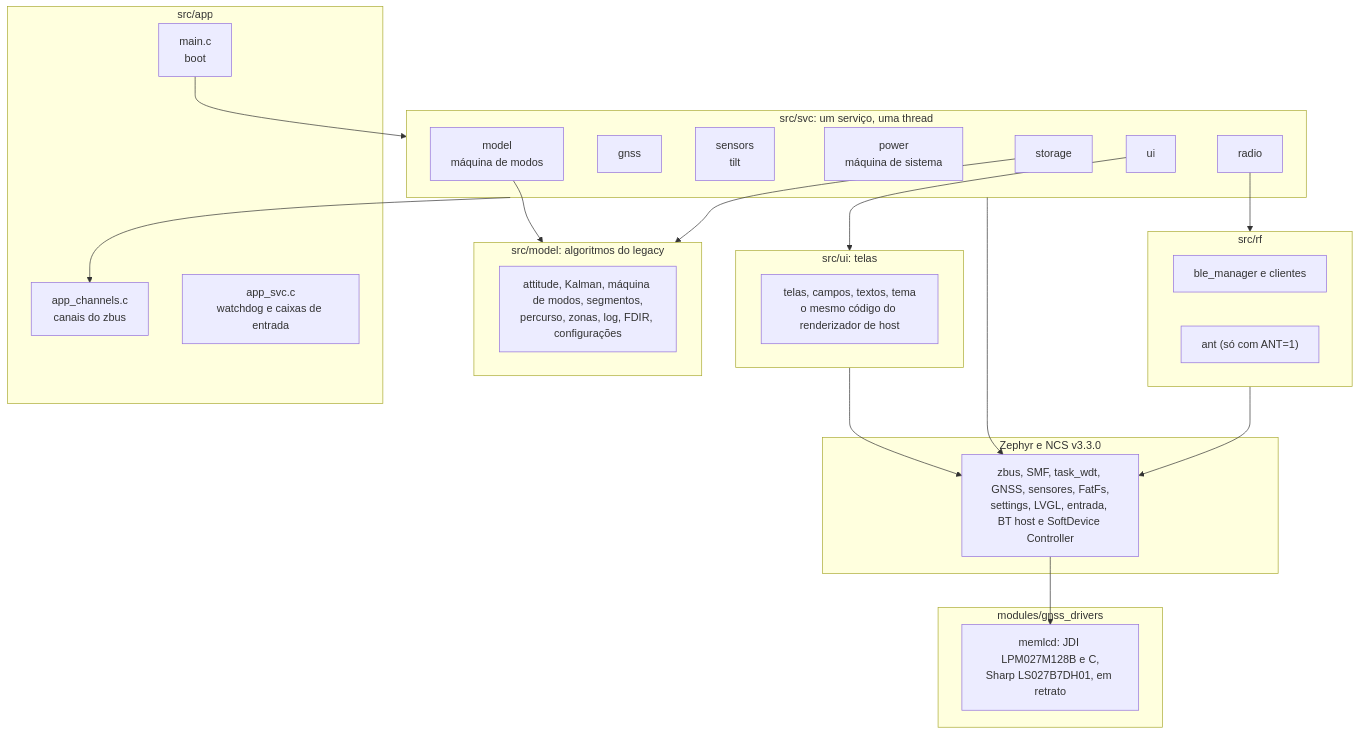
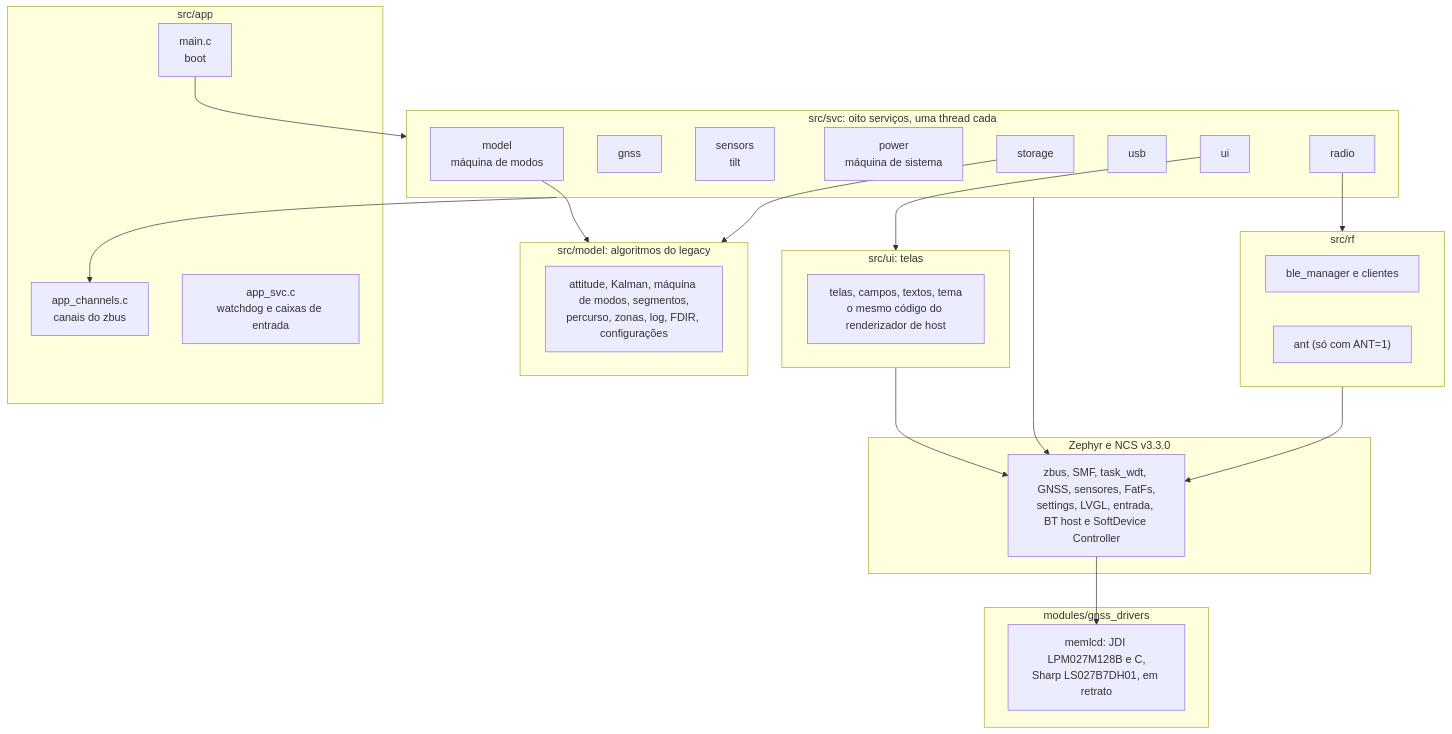
Before and after one commit to Guiimartinho/gnss-bike-computer: the first of 4 diagrams in docs/05-arquitetura-zephyr.md, drawn with Mermaid. The commit also changed other lines of this file and 32 other files, not shown here.

````diff
--- a/docs/05-arquitetura-zephyr.md
+++ b/docs/05-arquitetura-zephyr.md
@@ -12,43 +12,44 @@
 ```mermaid
 flowchart TB
     subgraph APP["src/app"]
         MAIN["main.c<br/>boot"]
         CHAN["app_channels.c<br/>canais do zbus"]
         SVCF["app_svc.c<br/>watchdog e caixas de entrada"]
     end
-    subgraph SVC["src/svc: um serviço, uma thread"]
+    subgraph SVC["src/svc: oito serviços, uma thread cada"]
         PWR["power<br/>máquina de sistema"]
         GNS["gnss"]
         SNS["sensors<br/>tilt"]
         RAD["radio"]
         STO["storage"]
+        USBS["usb"]
         MOD["model<br/>máquina de modos"]
         UIS["ui"]
     end
     subgraph MODEL["src/model: algoritmos do legacy"]
         ALG["attitude, Kalman, máquina de modos, segmentos,<br/>percurso, zonas, log, FDIR, configurações"]
     end
     subgraph RF["src/rf"]
         BLE["ble_manager e clientes"]
         ANTN["ant (só com ANT=1)"]
     end
     subgraph UIX["src/ui: telas"]
         SCRS["telas, campos, textos, tema<br/>o mesmo código do renderizador de host"]
     end
     subgraph Z["Zephyr e NCS v3.3.0"]
         ZAPI["zbus, SMF, task_wdt, GNSS, sensores, FatFs,<br/>settings, LVGL, entrada, BT host e SoftDevice Controller"]
     end
     subgraph DRV["modules/gnss_drivers"]
         MEM["memlcd: JDI LPM027M128B e C,<br/>Sharp LS027B7DH01, em retrato"]
     end
     MAIN --> SVC
     SVC --> CHAN
     MOD --> MODEL
     STO --> MODEL
     RAD --> RF
     UIS --> UIX
     UIX --> ZAPI
     SVC --> ZAPI
     RF --> ZAPI
     ZAPI --> MEM
 ```
````
